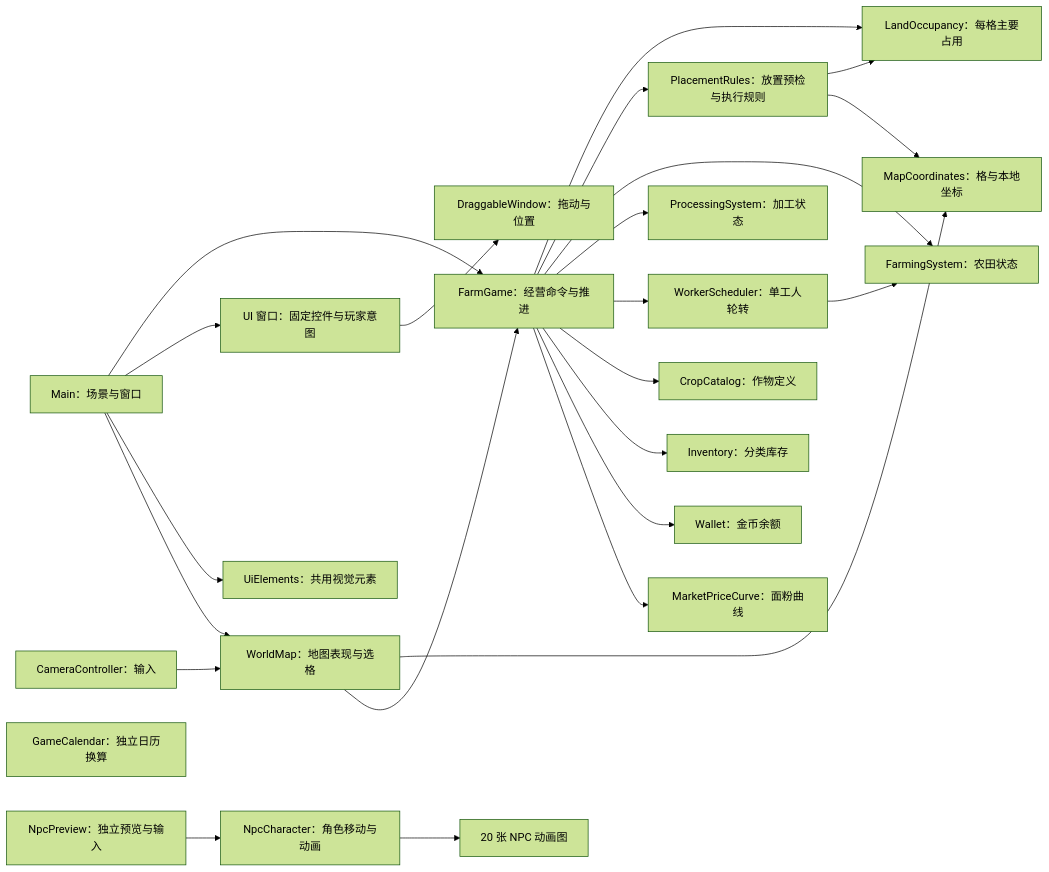
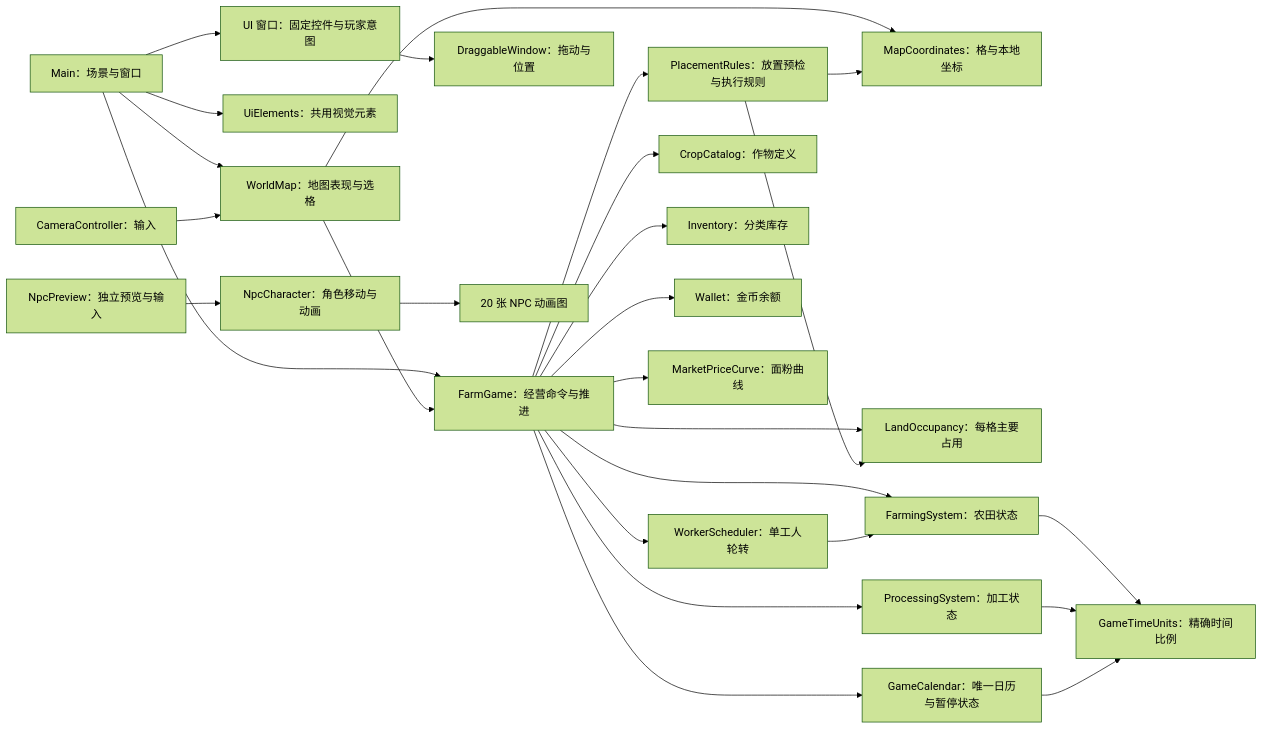
The diagram in docs/architecture/implementation-system-organization.md (Fotally/Farm-Exchange), drawn with Mermaid (forest theme) before and after one commit. The commit also changed other lines of this file and 42 other files, not shown here.

````diff
--- a/docs/architecture/implementation-system-organization.md
+++ b/docs/architecture/implementation-system-organization.md
@@ -5,26 +5,29 @@
 ```mermaid
 flowchart LR
     Main[Main：场景与窗口] --> FarmGame[FarmGame：经营命令与推进]
     Main --> UiWindows[UI 窗口：固定控件与玩家意图]
     UiWindows --> DragWindow[DraggableWindow：拖动与位置]
     Main --> UiStyle[UiElements：共用视觉元素]
     Main --> WorldMap[WorldMap：地图表现与选格]
     Camera[CameraController：输入] --> WorldMap
     WorldMap --> MapCoordinates[MapCoordinates：格与本地坐标]
     WorldMap --> FarmGame
     FarmGame --> LandOccupancy[LandOccupancy：每格主要占用]
     FarmGame --> PlacementRules[PlacementRules：放置预检与执行规则]
     PlacementRules --> LandOccupancy
     PlacementRules --> MapCoordinates
     FarmGame --> FarmingSystem[FarmingSystem：农田状态]
     FarmGame --> ProcessingSystem[ProcessingSystem：加工状态]
     FarmGame --> WorkerScheduler[WorkerScheduler：单工人轮转]
     WorkerScheduler --> FarmingSystem
     FarmGame --> CropCatalog[CropCatalog：作物定义]
     FarmGame --> Inventory[Inventory：分类库存]
     FarmGame --> Wallet[Wallet：金币余额]
     FarmGame --> Market[MarketPriceCurve：面粉曲线]
-    GameCalendar[GameCalendar：独立日历换算]
+    FarmGame --> GameCalendar[GameCalendar：唯一日历与暂停状态]
+    FarmingSystem --> GameTimeUnits[GameTimeUnits：精确时间比例]
+    ProcessingSystem --> GameTimeUnits
+    GameCalendar --> GameTimeUnits
     NpcPreview[NpcPreview：独立预览与输入] --> NpcCharacter[NpcCharacter：角色移动与动画]
     NpcCharacter --> NpcSheets[20 张 NPC 动画图]
 ```
````
